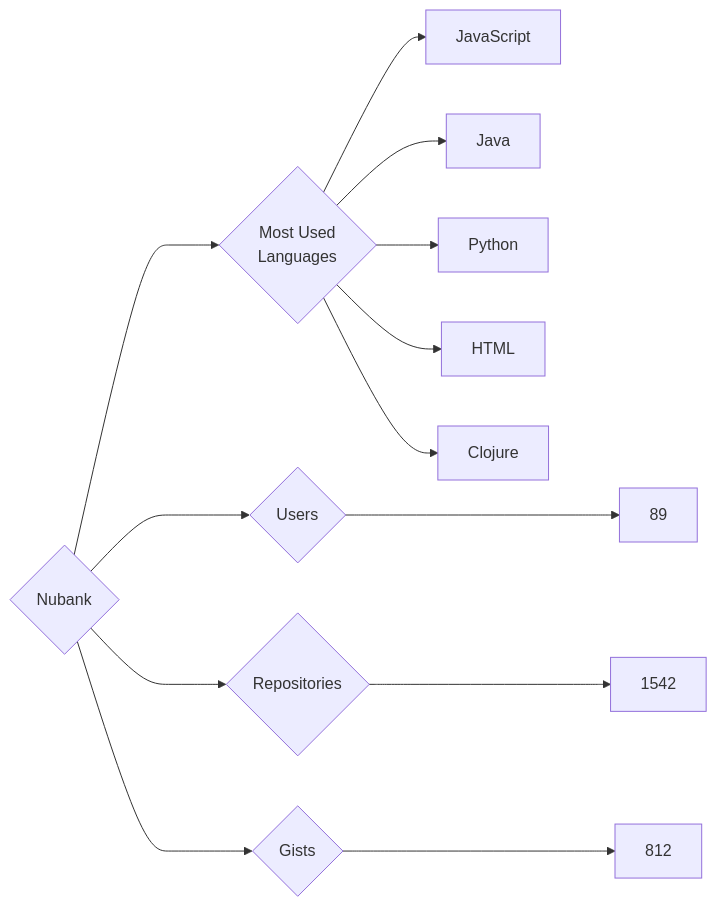
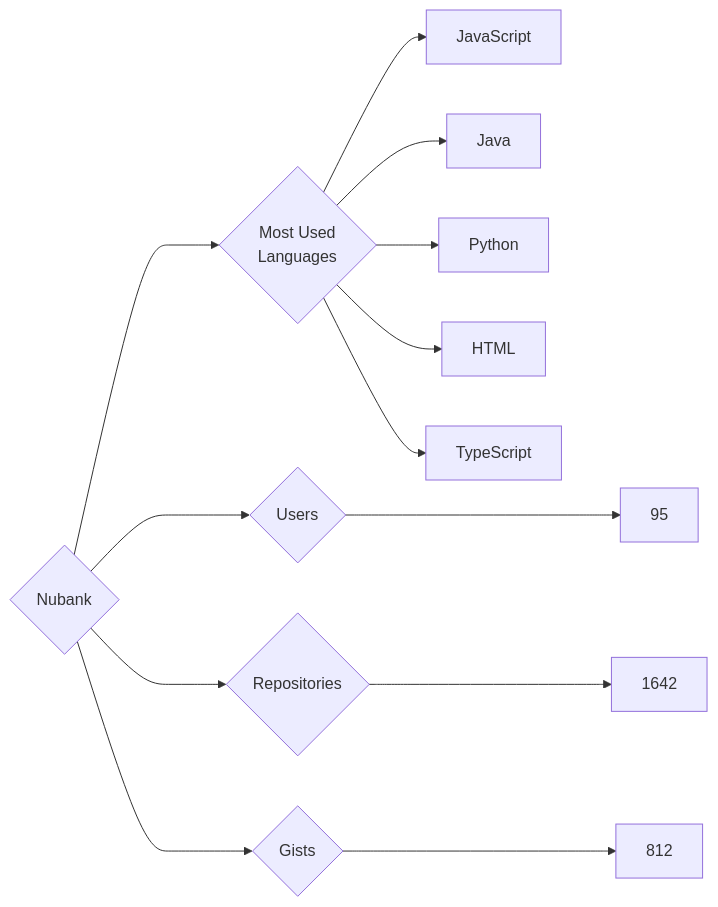
One commit to trickest/insiders changed the diagram in targets/Nubank/README.md. Above: the diagram before and after it, drawn with Mermaid. The commit also changed 799 other files, not shown here.

````diff
--- a/targets/Nubank/README.md
+++ b/targets/Nubank/README.md
@@ -3,13 +3,13 @@
 ```mermaid
 graph LR
 COMPANY_NAME{Nubank}
-COMPANY_NAME ---> U{Users} ---> UN[89]
-COMPANY_NAME ---> R{Repositories} ---> RN[1542]
+COMPANY_NAME ---> U{Users} ---> UN[95]
+COMPANY_NAME ---> R{Repositories} ---> RN[1642]
 COMPANY_NAME ---> G{Gists} ---> GN[812]
 COMPANY_NAME ---> ML{Most Used<br>Languages}
 ML --> JavaScript[JavaScript]
 ML --> Java[Java]
 ML --> Python[Python]
 ML --> HTML[HTML]
-ML --> Clojure[Clojure]
+ML --> TypeScript[TypeScript]
 ```
````
